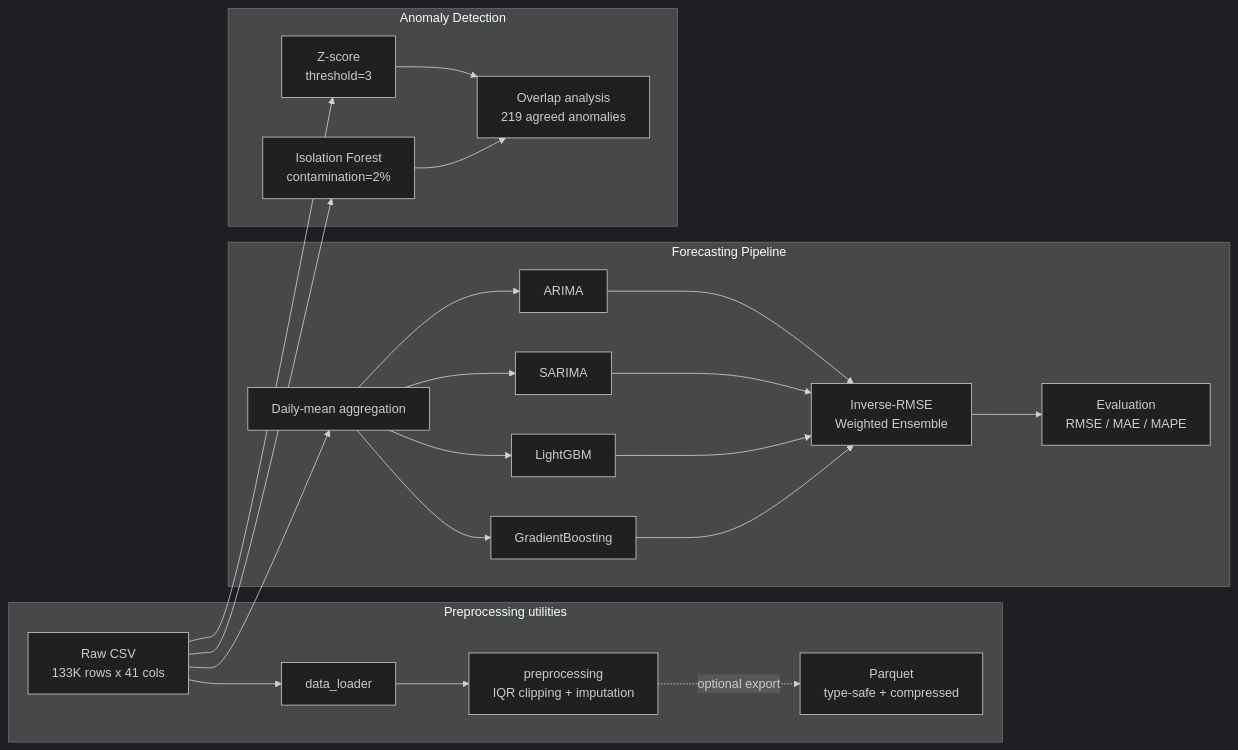
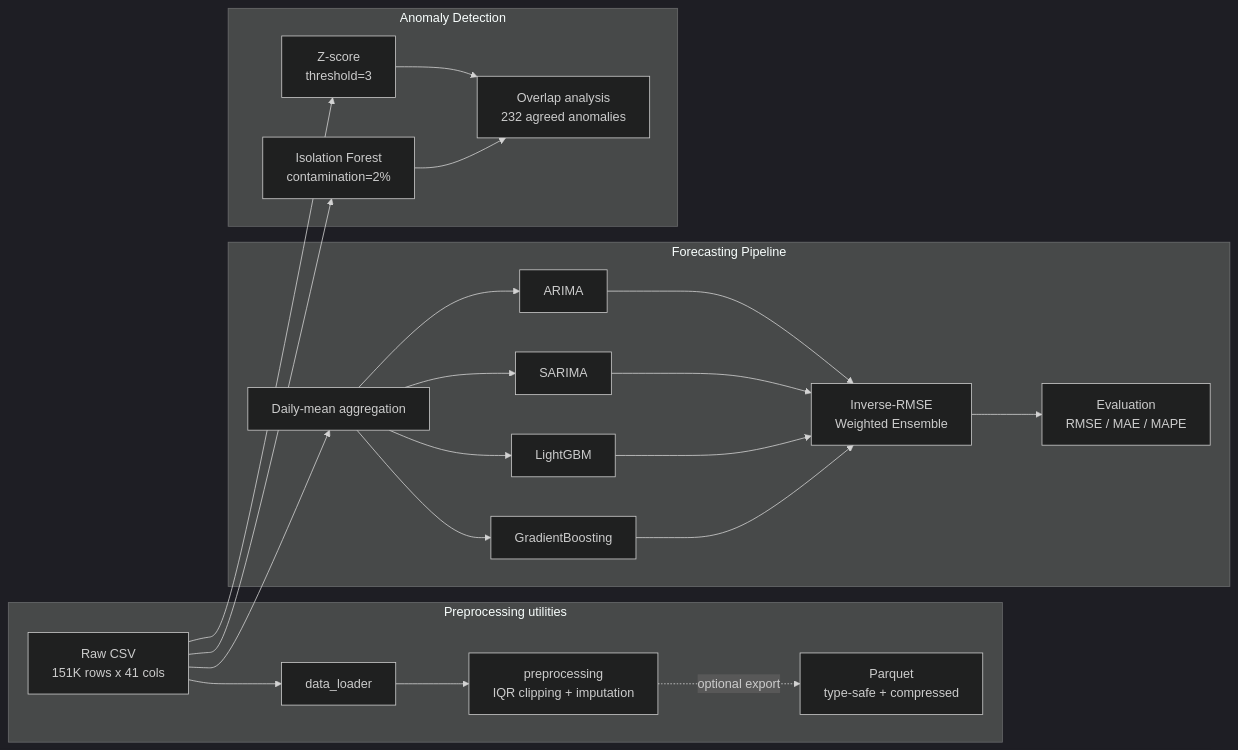
Before and after one commit to LukeSantossz/weather-forecast: the diagram in README.md, drawn with Mermaid (dark theme). The commit also changed other lines of this file, not shown here.

````diff
--- a/README.md
+++ b/README.md
@@ -37,26 +37,26 @@
 ```mermaid
 flowchart LR
-    A[Raw CSV\n133K rows x 41 cols]
+    A[Raw CSV\n151K rows x 41 cols]
 
     subgraph Preprocessing utilities
         A --> B[data_loader]
         B --> C[preprocessing\nIQR clipping + imputation]
         C -. optional export .-> D[Parquet\ntype-safe + compressed]
     end
 
     subgraph Forecasting Pipeline
         A --> E[Daily-mean aggregation]
         E --> F[ARIMA]
         E --> G[SARIMA]
         E --> H[LightGBM]
         E --> I[GradientBoosting]
         F & G & H & I --> J[Inverse-RMSE\nWeighted Ensemble]
         J --> K[Evaluation\nRMSE / MAE / MAPE]
     end
 
     subgraph Anomaly Detection
         A --> L[Z-score\nthreshold=3]
         A --> M[Isolation Forest\ncontamination=2%]
-        L & M --> N[Overlap analysis\n219 agreed anomalies]
+        L & M --> N[Overlap analysis\n232 agreed anomalies]
     end
 ```
````
